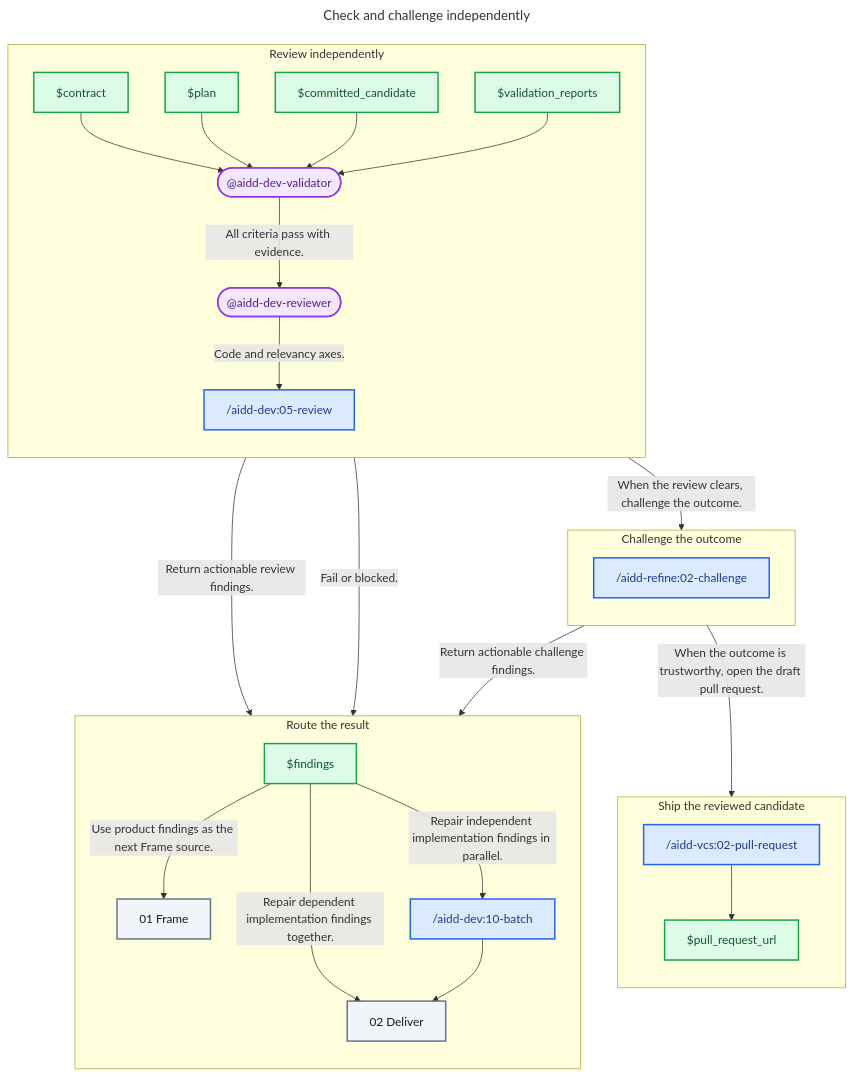
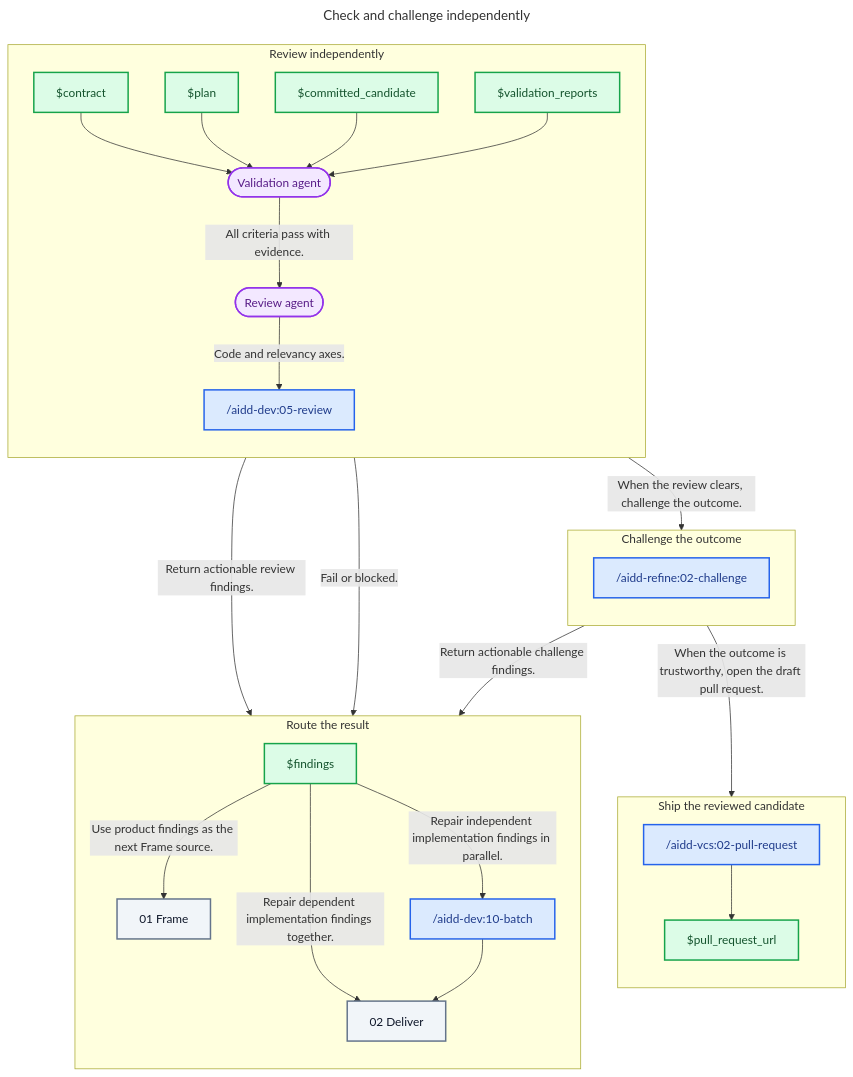
Before and after one commit to ai-driven-dev/framework: the diagram in plugins/aidd-orchestrator/skills/01-sdlc/references/03-check.md, drawn with Mermaid. The commit also changed other lines of this file and 18 other files, not shown here.

````diff
--- a/plugins/aidd-orchestrator/skills/01-sdlc/references/03-check.md
+++ b/plugins/aidd-orchestrator/skills/01-sdlc/references/03-check.md
@@ -23,62 +23,62 @@
 ```mermaid
 ---
 title: Check and challenge independently
 ---
 flowchart TD
   subgraph ReviewStage["Review independently"]
     direction TB
     Contract["$contract"]
     Plan["$plan"]
     CommittedCandidate["$committed_candidate"]
     ValidationReports["$validation_reports"]
-    Validator(["@aidd-dev-validator"])
-    Reviewer(["@aidd-dev-reviewer"])
+    Validator(["Validation agent"])
+    Reviewer(["Review agent"])
     Review["/aidd-dev:05-review"]
   end
 
   subgraph ChallengeStage["Challenge the outcome"]
     direction TB
     Challenge["/aidd-refine:02-challenge"]
   end
 
   subgraph RouteStage["Route the result"]
     direction TB
     Findings["$findings"]
     Frame["01 Frame"]
     Batch["/aidd-dev:10-batch"]
     Deliver["02 Deliver"]
   end
 
   subgraph ShipStage["Ship the reviewed candidate"]
     direction TB
     PullRequest["/aidd-vcs:02-pull-request"]
     PullRequestUrl["$pull_request_url"]
   end
 
   Contract --> Validator
   Plan --> Validator
   CommittedCandidate --> Validator
   ValidationReports --> Validator
   Validator -- "All criteria pass with evidence." --> Reviewer
   Validator -- "Fail or blocked." --> Findings
   Reviewer -- "Code and relevancy axes." --> Review
   Review -- "Return actionable review findings." --> Findings
   Review -- "When the review clears, challenge the outcome." --> Challenge
   Challenge -- "Return actionable challenge findings." --> Findings
   Challenge -- "When the outcome is trustworthy, open the draft pull request." --> PullRequest
   Findings -- "Use product findings as the next Frame source." --> Frame
   Findings -- "Repair independent implementation findings in parallel." --> Batch
   Findings -- "Repair dependent implementation findings together." --> Deliver
   Batch --> Deliver
   PullRequest --> PullRequestUrl
 
   classDef skill fill:#DBEAFE,stroke:#2563EB,color:#1E3A8A,stroke-width:2px
   classDef agent fill:#F3E8FF,stroke:#9333EA,color:#581C87,stroke-width:2px
   classDef artifact fill:#DCFCE7,stroke:#16A34A,color:#14532D,stroke-width:2px
   classDef zone fill:#F1F5F9,stroke:#64748B,color:#0F172A,stroke-width:2px
 
   class Review,Challenge,Batch,PullRequest skill
   class Reviewer,Validator agent
   class Contract,Plan,CommittedCandidate,ValidationReports,Findings,PullRequestUrl artifact
   class Frame,Deliver zone
 ```
````
